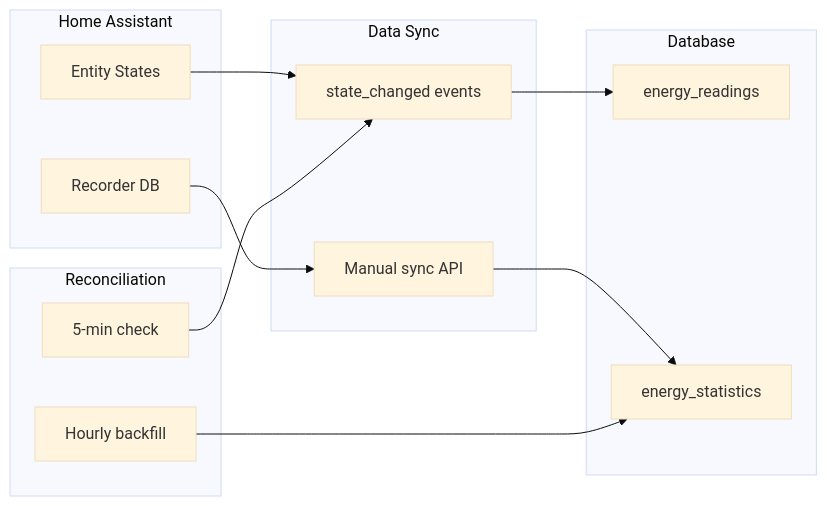
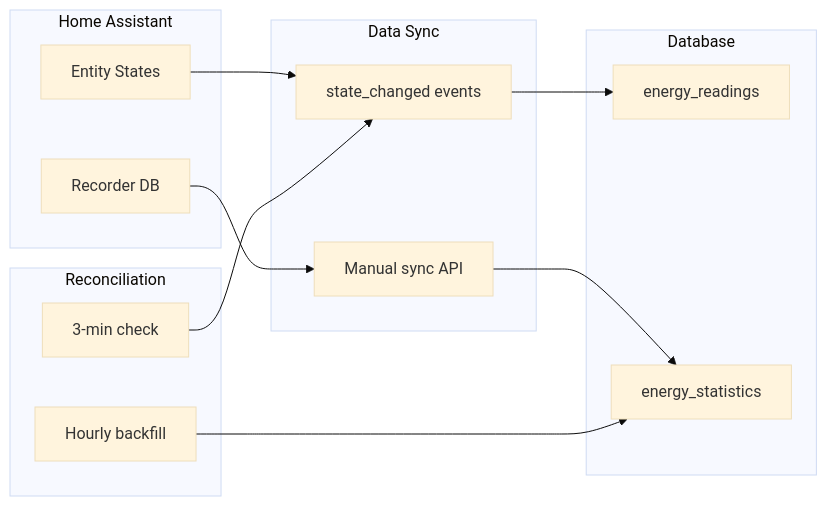
One commit to teknologist/ha-energy-analytics changed the second of 2 diagrams in CLAUDE.md. Above: the diagram before and after it, drawn with Mermaid (base theme). The commit also changed other lines of this file and 3 other files, not shown here.

````diff
--- a/CLAUDE.md
+++ b/CLAUDE.md
@@ -90,30 +90,30 @@
 ```mermaid
 flowchart LR
     subgraph HA[Home Assistant]
         States[Entity States]
         RecorderDB[Recorder DB]
     end
 
     subgraph Sync[Data Sync]
         Events[state_changed events]
         Manual[Manual sync API]
     end
 
     subgraph DB[Database]
         Readings[energy_readings]
         Stats[energy_statistics]
     end
 
     States --> Events
     Events --> Readings
     RecorderDB --> Manual
     Manual --> Stats
 
     subgraph Reconciliation
-        Heartbeat[5-min check]
+        Heartbeat[3-min check]
         Hourly[Hourly backfill]
     end
 
     Heartbeat --> Events
     Hourly --> Stats
 ```
````
